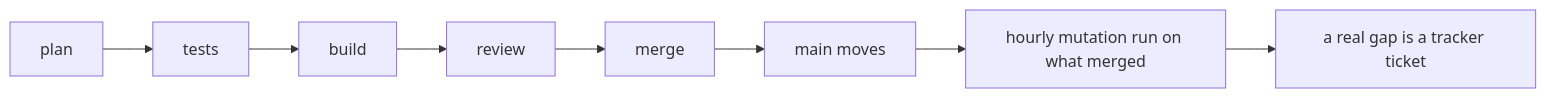
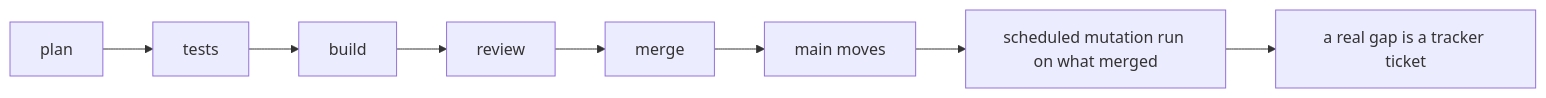
Before and after one commit to kamp-us/tea-fabrika: the second of 2 diagrams in .decisions/0066-mutation-runs-on-a-schedule.md, drawn with Mermaid. The commit also changed other lines of this file and 9 other files, not shown here.

````diff
--- a/.decisions/0066-mutation-runs-on-a-schedule.md
+++ b/.decisions/0066-mutation-runs-on-a-schedule.md
@@ -20,7 +20,7 @@
 ```mermaid
 flowchart LR
   plan --> tests --> build --> review --> merge
   merge --> main["main moves"]
-  main --> hourly["hourly mutation run on what merged"]
-  hourly --> tickets["a real gap is a tracker ticket"]
+  main --> scheduled["scheduled mutation run on what merged"]
+  scheduled --> tickets["a real gap is a tracker ticket"]
 ```
````
